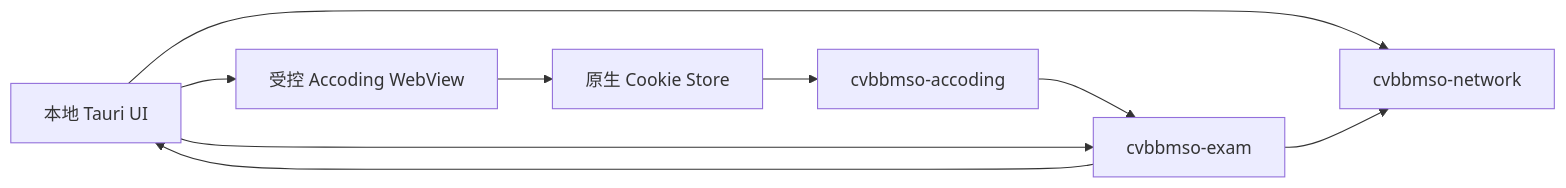
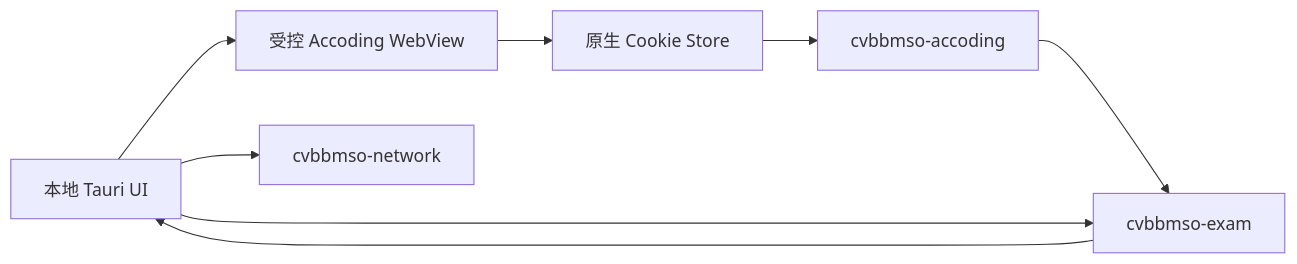
Before and after one commit to BUAA-OJ/CVBBMSO: the diagram in docs/design/crates/cvbbmso-client.md, drawn with Mermaid. The commit also changed other lines of this file and 9 other files, not shown here.

````diff
--- a/docs/design/crates/cvbbmso-client.md
+++ b/docs/design/crates/cvbbmso-client.md
@@ -63,11 +68,10 @@
 ```mermaid
 flowchart LR
     UI[本地 Tauri UI] --> Web[受控 Accoding WebView]
     Web --> Cookie[原生 Cookie Store]
     Cookie --> Auth[cvbbmso-accoding]
     Auth --> Run[cvbbmso-exam]
     UI --> Net[cvbbmso-network]
-    Run --> Net
     UI --> Run
     Run --> UI
 ```
````
